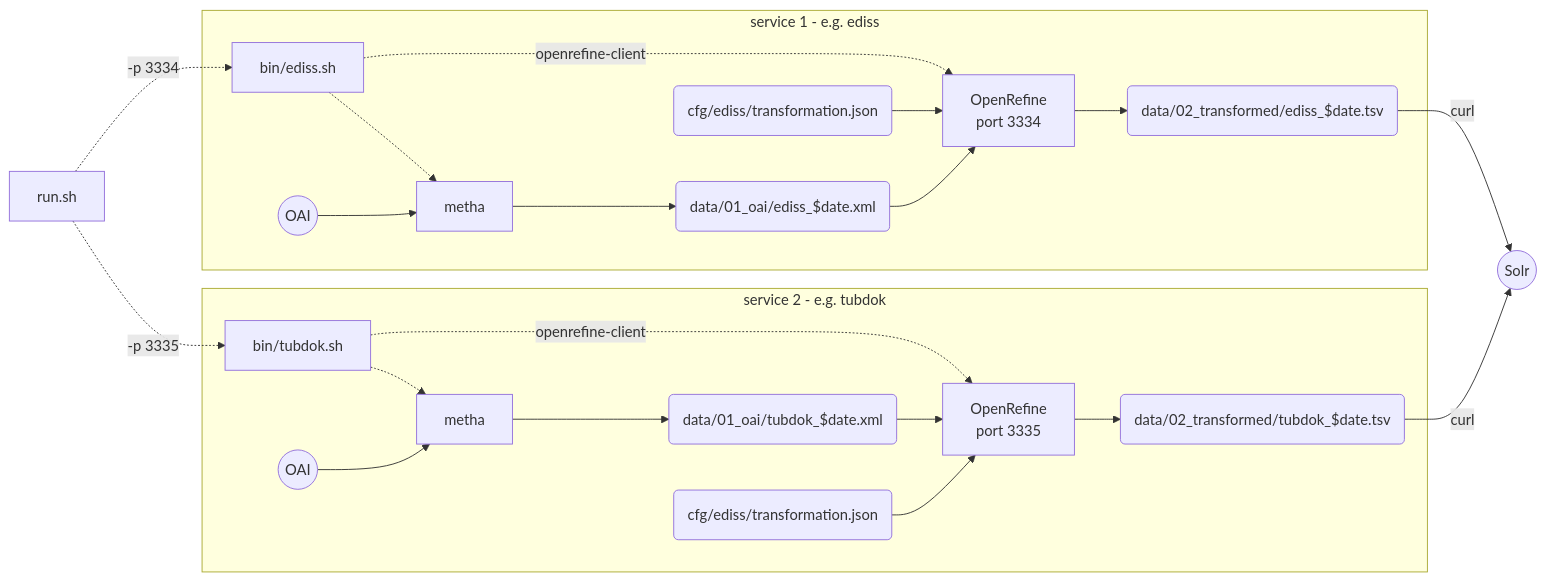
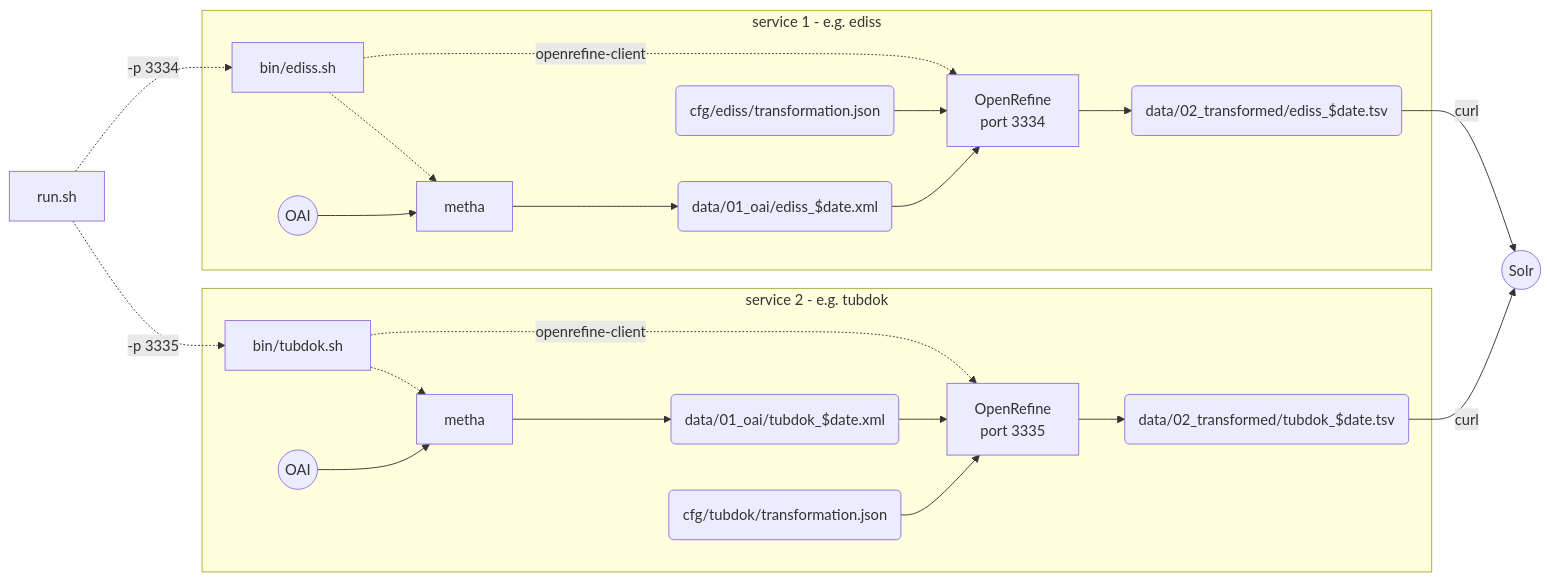
Before and after one commit to subhh/HOS-MetadataTransformations: the diagram in flowchart.mmd, drawn with Mermaid. The commit also changed 1 other file, not shown here.

```diff
--- a/flowchart.mmd
+++ b/flowchart.mmd
@@ -1,26 +1,26 @@
 graph LR
 run.sh -. -p 3334 .-> bin/ediss.sh
 run.sh -. -p 3335 .-> bin/tubdok.sh
 
 subgraph service 2 - e.g. tubdok
 bin/tubdok.sh -.-> metha2[metha]
 oai2((OAI)) --> metha2
 metha2 --> 01oai2(data/01_oai/tubdok_$date.xml)
 bin/tubdok.sh -. openrefine-client .-> openrefine2[OpenRefine<br>port 3335]
 01oai2 --> openrefine2
-config2(cfg/ediss/transformation.json) --> openrefine2
+config2(cfg/tubdok/transformation.json) --> openrefine2
 openrefine2 --> 02transformed2(data/02_transformed/tubdok_$date.tsv)
 end
 
 subgraph service 1 - e.g. ediss
 bin/ediss.sh -.-> metha1[metha]
 oai1((OAI)) --> metha1
 metha1 --> 01oai1(data/01_oai/ediss_$date.xml)
 bin/ediss.sh -. openrefine-client .-> openrefine1[OpenRefine<br>port 3334]
 config1(cfg/ediss/transformation.json) --> openrefine1
 01oai1 --> openrefine1
 openrefine1 --> 02transformed1(data/02_transformed/ediss_$date.tsv)
 end
 
 02transformed1 -- curl --> solr((Solr))
 02transformed2 -- curl --> solr
```
